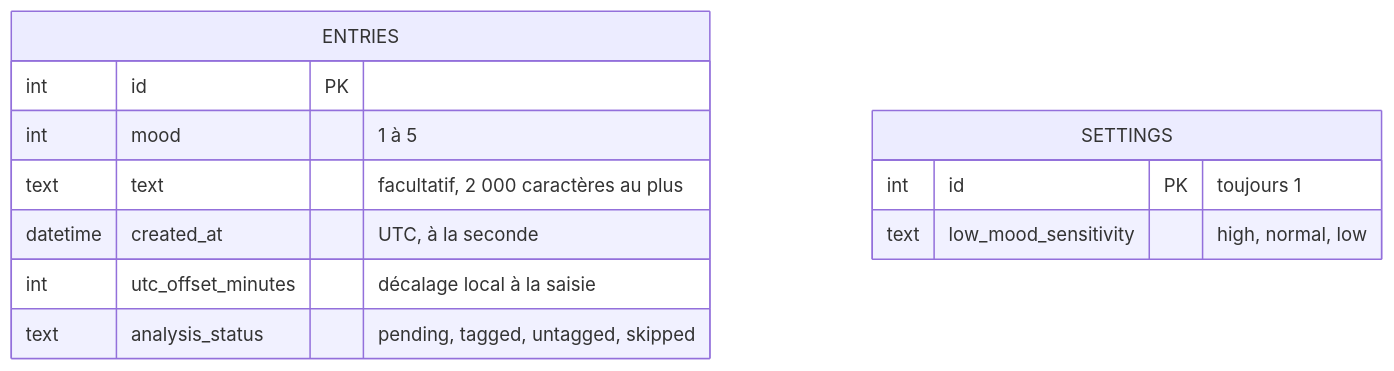
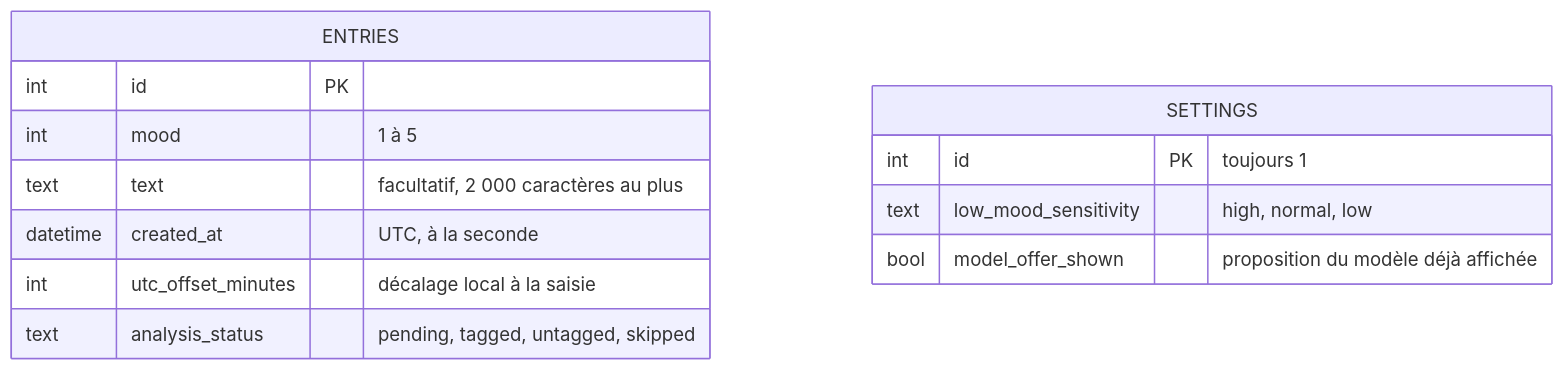
The second of 2 diagrams in docs/architecture-technique.md (yanis-vroland/Tidemark), drawn with Mermaid before and after one commit. The commit also changed other lines of this file and 27 other files, not shown here.

````diff
--- a/docs/architecture-technique.md
+++ b/docs/architecture-technique.md
@@ -34,15 +34,16 @@
 ```mermaid
 erDiagram
   ENTRIES {
     int id PK
     int mood "1 à 5"
     text text "facultatif, 2 000 caractères au plus"
     datetime created_at "UTC, à la seconde"
     int utc_offset_minutes "décalage local à la saisie"
     text analysis_status "pending, tagged, untagged, skipped"
   }
   SETTINGS {
     int id PK "toujours 1"
     text low_mood_sensitivity "high, normal, low"
+    bool model_offer_shown "proposition du modèle déjà affichée"
   }
 ```
````
